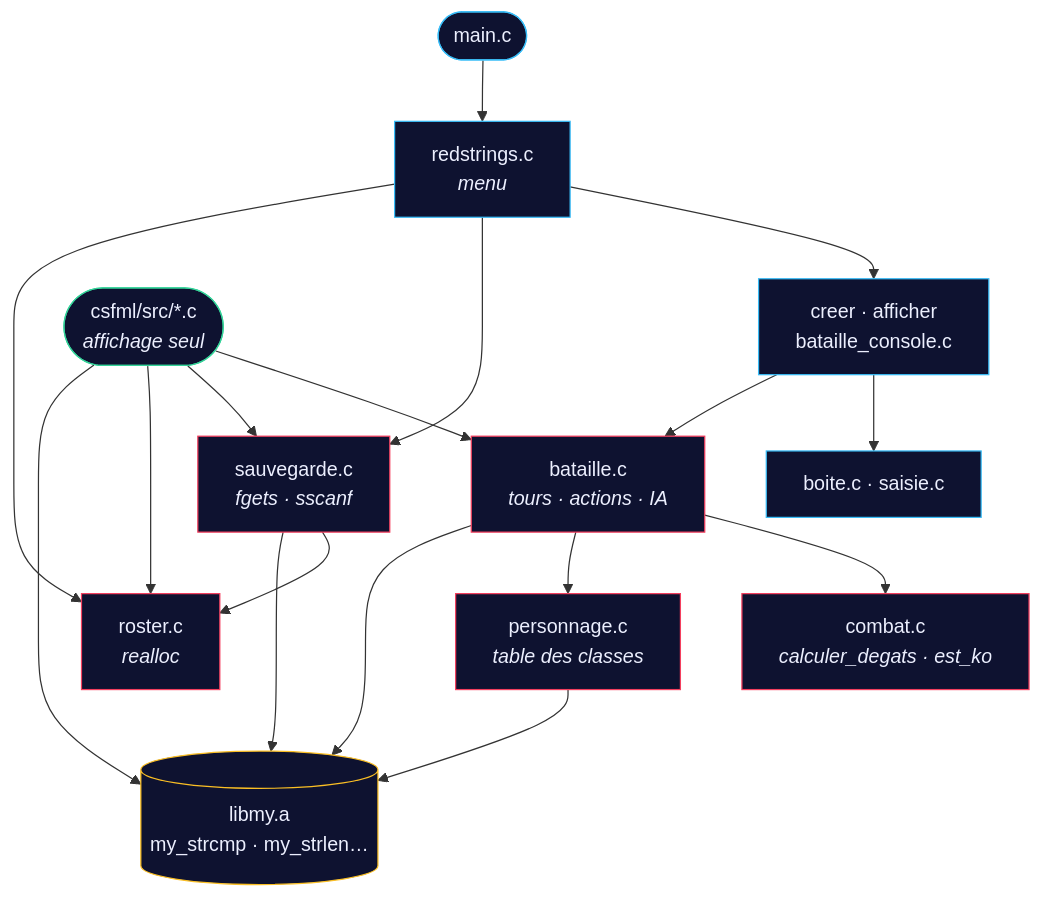
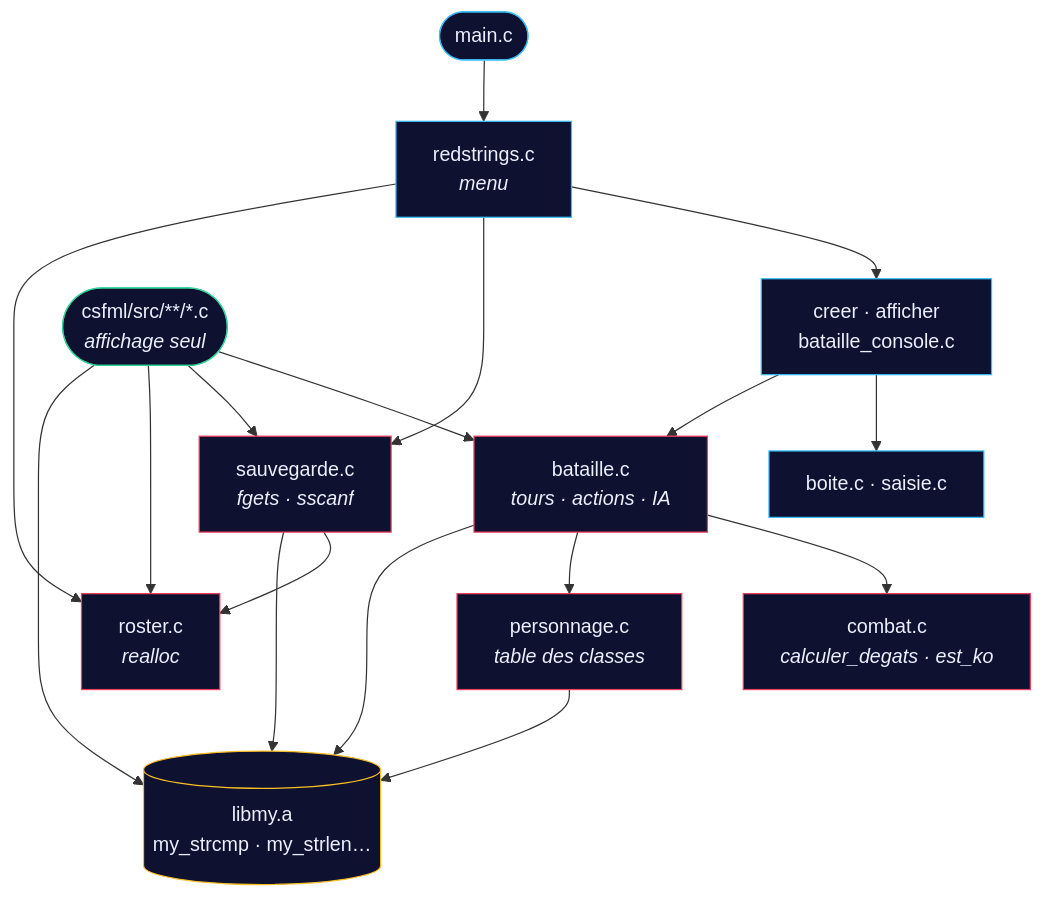
Before and after one commit to Vylllixis/RedStrings: the fifth of 9 diagrams in README.md, drawn with Mermaid. The commit also changed other lines of this file and 2 other files, not shown here.

First line of the commit message:
📝 docs(readme): arborescence, tests et commandes de la version graphique

````diff
--- a/README.md
+++ b/README.md
@@ -572,25 +577,25 @@
 ```mermaid
 flowchart TB
     main([main.c]) --> rs[redstrings.c<br/><i>menu</i>]
     rs --> ui[creer · afficher<br/>bataille_console.c]
     ui --> outils[boite.c · saisie.c]
     rs --> save[sauvegarde.c<br/><i>fgets · sscanf</i>]
     ui --> bat[bataille.c<br/><i>tours · actions · IA</i>]
-    gui([csfml/src/*.c<br/><i>affichage seul</i>]) --> bat
+    gui([csfml/src/**/*.c<br/><i>affichage seul</i>]) --> bat
     gui --> save
     bat --> combat[combat.c<br/><i>calculer_degats · est_ko</i>]
     bat --> perso[personnage.c<br/><i>table des classes</i>]
     save --> roster[roster.c<br/><i>realloc</i>]
     rs --> roster
     gui --> roster
     perso & save & bat & gui --> libmy[(libmy.a<br/>my_strcmp · my_strlen…)]
 
     classDef app fill:#0e1230,stroke:#38bdf8,color:#eceffe
     classDef moteur fill:#0e1230,stroke:#f43f5e,color:#eceffe
     classDef lib fill:#0e1230,stroke:#fbbf24,color:#eceffe
     classDef gui fill:#0e1230,stroke:#34d399,color:#eceffe
     class main,rs,ui,outils app
     class bat,combat,perso,save,roster moteur
     class libmy lib
     class gui gui
 ```
````
